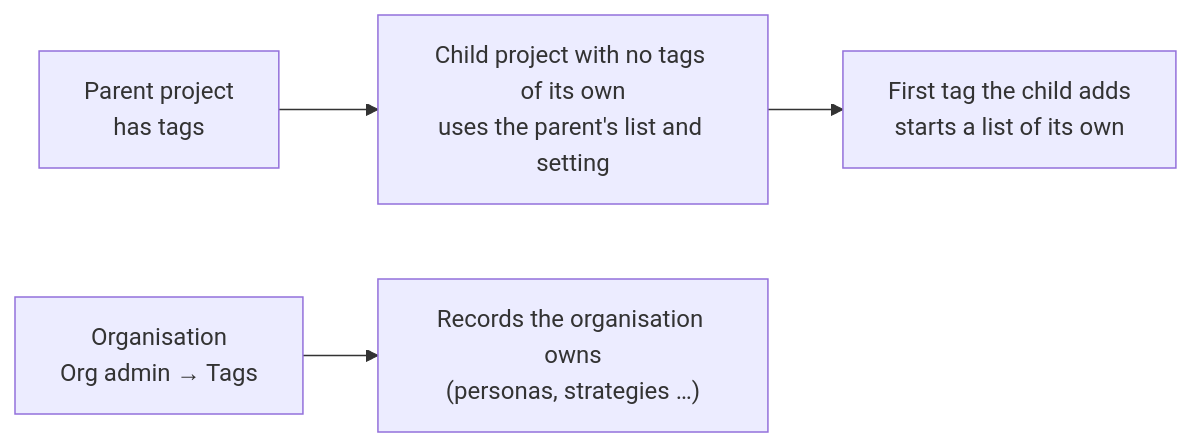
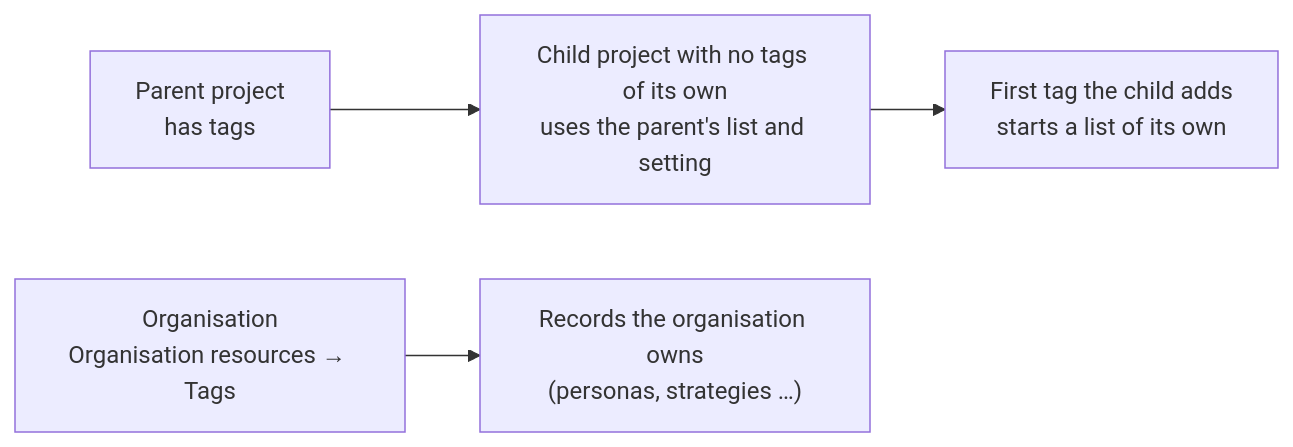
Before and after one commit to ballardr/reqtrackmanager: the second of 2 diagrams in docs/website/docs/core-features/tags.md, drawn with Mermaid. The commit also changed other lines of this file and 2562 other files, not shown here.

````diff
--- a/docs/website/docs/core-features/tags.md
+++ b/docs/website/docs/core-features/tags.md
@@ -59,6 +60,6 @@
 ```mermaid
 flowchart LR
     P["Parent project<br/>has tags"] --> C["Child project with no tags of its own<br/>uses the parent's list and setting"]
     C --> D["First tag the child adds<br/>starts a list of its own"]
-    O["Organisation<br/>Org admin → Tags"] --> R["Records the organisation owns<br/>(personas, strategies …)"]
+    O["Organisation<br/>Organisation resources → Tags"] --> R["Records the organisation owns<br/>(personas, strategies …)"]
 ```
````
